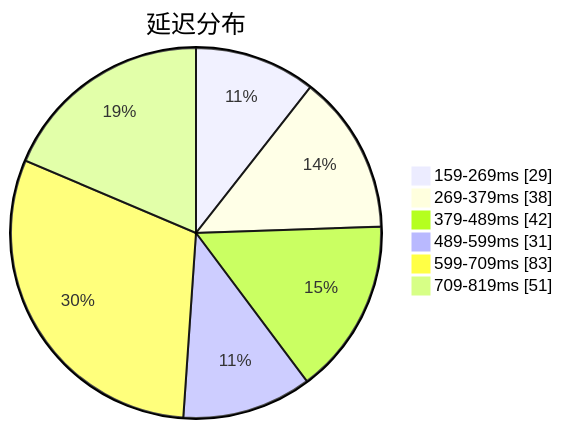
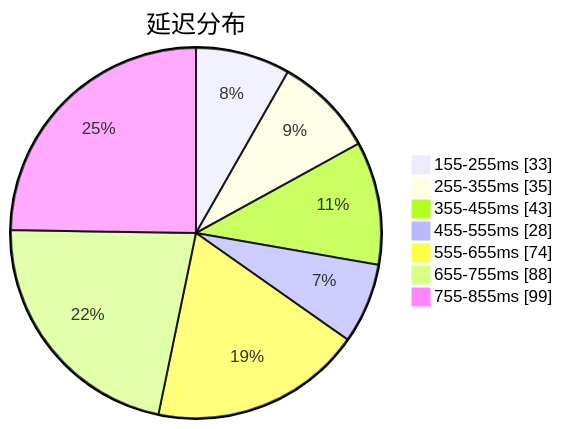
One commit to qjlxg/airport changed the first of 3 diagrams in subs/statistics/tested_within.md. Above: the diagram before and after it, drawn with Mermaid. The commit also changed other lines of this file and 2 other files, not shown here.

````diff
--- a/subs/statistics/tested_within.md
+++ b/subs/statistics/tested_within.md
@@ -2,10 +2,11 @@
 ```mermaid
 pie showData
 title 延迟分布
-"159-269ms" : 29
-"269-379ms" : 38
-"379-489ms" : 42
-"489-599ms" : 31
-"599-709ms" : 83
-"709-819ms" : 51
+"155-255ms" : 33
+"255-355ms" : 35
+"355-455ms" : 43
+"455-555ms" : 28
+"555-655ms" : 74
+"655-755ms" : 88
+"755-855ms" : 99
 ```
````
